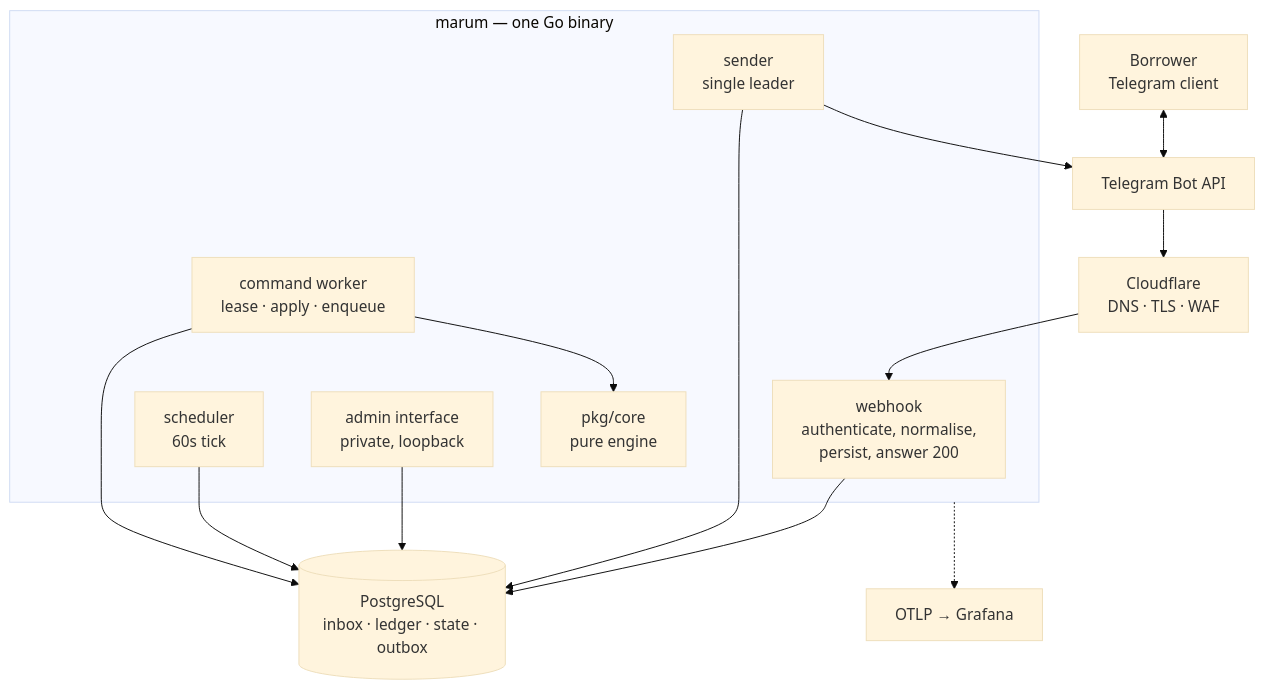
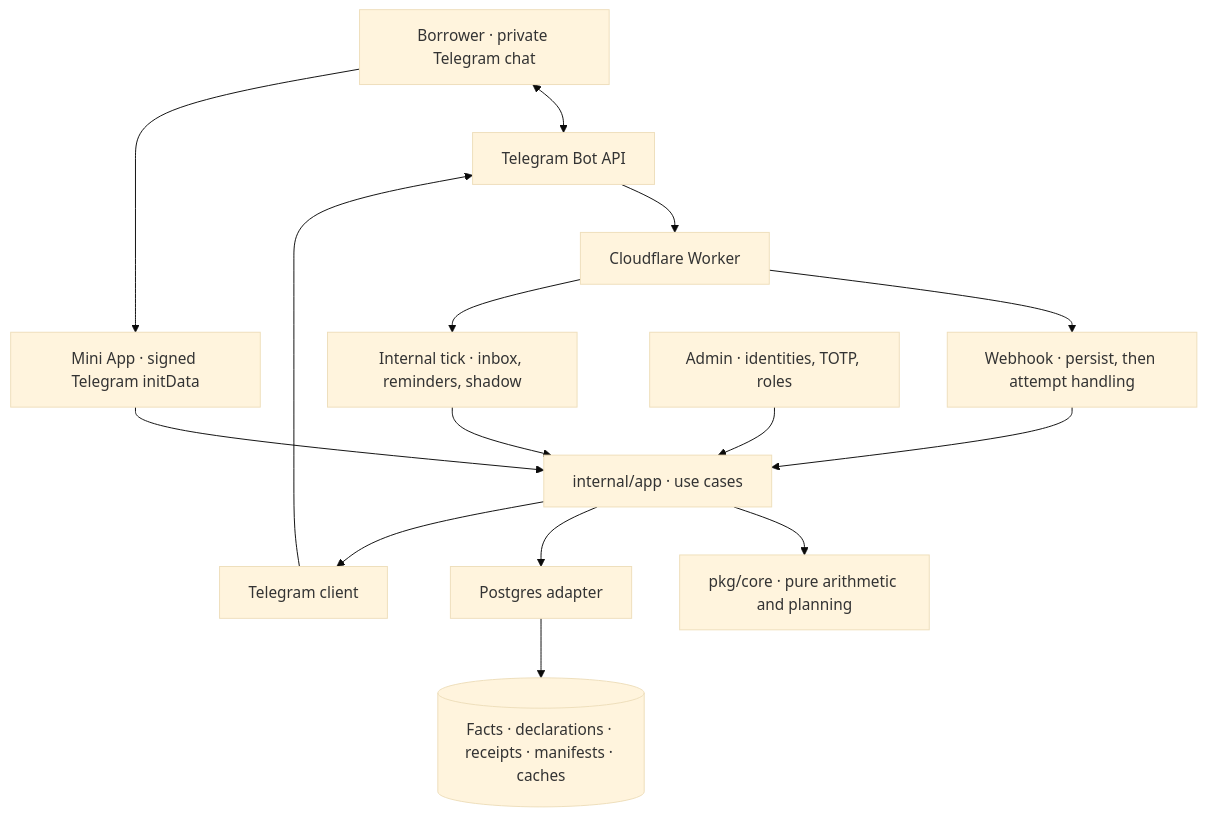
The diagram in docs/architecture/01-overview.md (andranikasd/marumbot), drawn with Mermaid (base theme) before and after one commit. The commit also changed other lines of this file and 32 other files, not shown here.

````diff
--- a/docs/architecture/01-overview.md
+++ b/docs/architecture/01-overview.md
@@ -21,28 +16,17 @@
 ```mermaid
 flowchart TB
-  user["Borrower<br/>Telegram client"]
-  tg["Telegram Bot API"]
-  cf["Cloudflare<br/>DNS · TLS · WAF"]
-
-  subgraph app["marum — one Go binary"]
-    web["webhook<br/>authenticate, normalise,<br/>persist, answer 200"]
-    worker["command worker<br/>lease · apply · enqueue"]
-    sched["scheduler<br/>60s tick"]
-    send["sender<br/>single leader"]
-    admin["admin interface<br/>private, loopback"]
-    core["pkg/core<br/>pure engine"]
-  end
-
-  pg[("PostgreSQL<br/>inbox · ledger · state · outbox")]
-  obs["OTLP → Grafana"]
-
-  user <--> tg --> cf --> web
-  web --> pg
-  worker --> pg
-  worker --> core
-  sched --> pg
-  send --> pg
-  send --> tg
-  admin --> pg
-  app -.-> obs
+  user["Borrower · private Telegram chat"] <--> tg["Telegram Bot API"]
+  tg --> edge["Cloudflare Worker"]
+  edge --> hook["Webhook · persist, then attempt handling"]
+  user --> mini["Mini App · signed Telegram initData"]
+  edge --> tick["Internal tick · inbox, reminders, shadow"]
+  hook --> app["internal/app · use cases"]
+  mini --> app
+  tick --> app
+  admin["Admin · identities, TOTP, roles"] --> app
+  app --> core["pkg/core · pure arithmetic and planning"]
+  app --> store["Postgres adapter"]
+  store --> pg[("Facts · declarations · receipts · manifests · caches")]
+  app --> sender["Telegram client"]
+  sender --> tg
 ```
````
